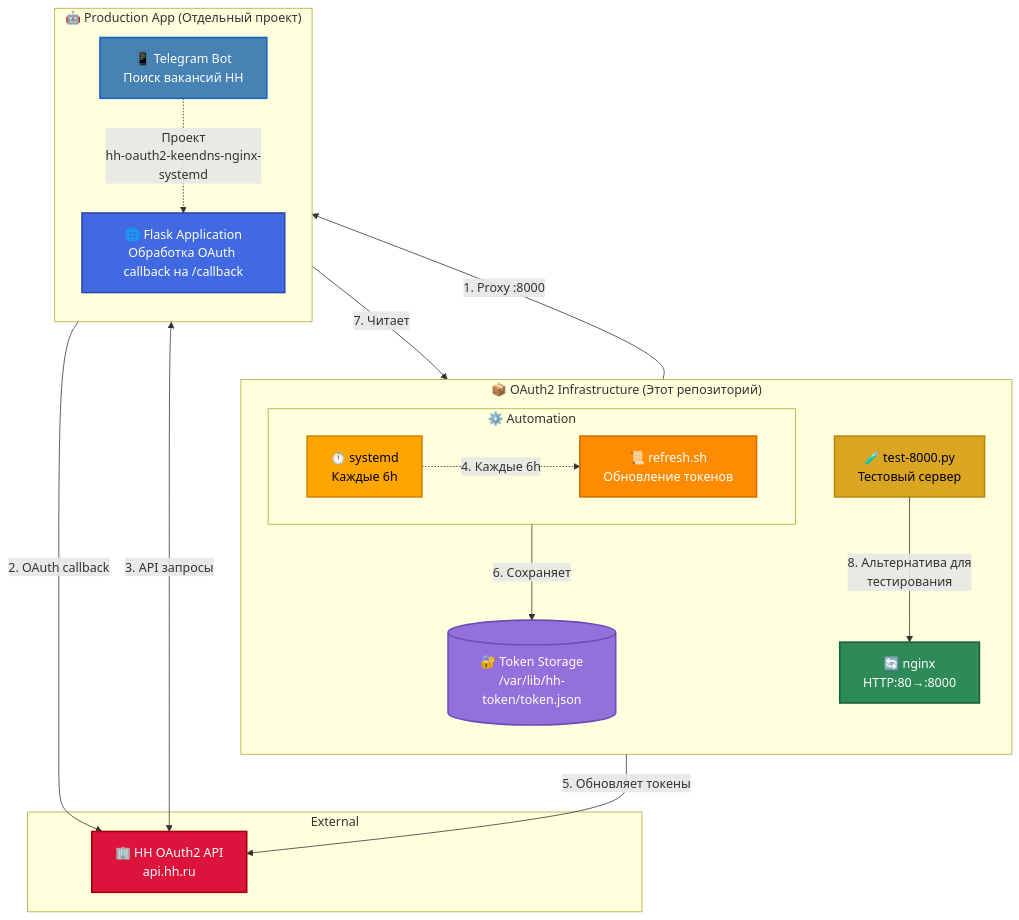
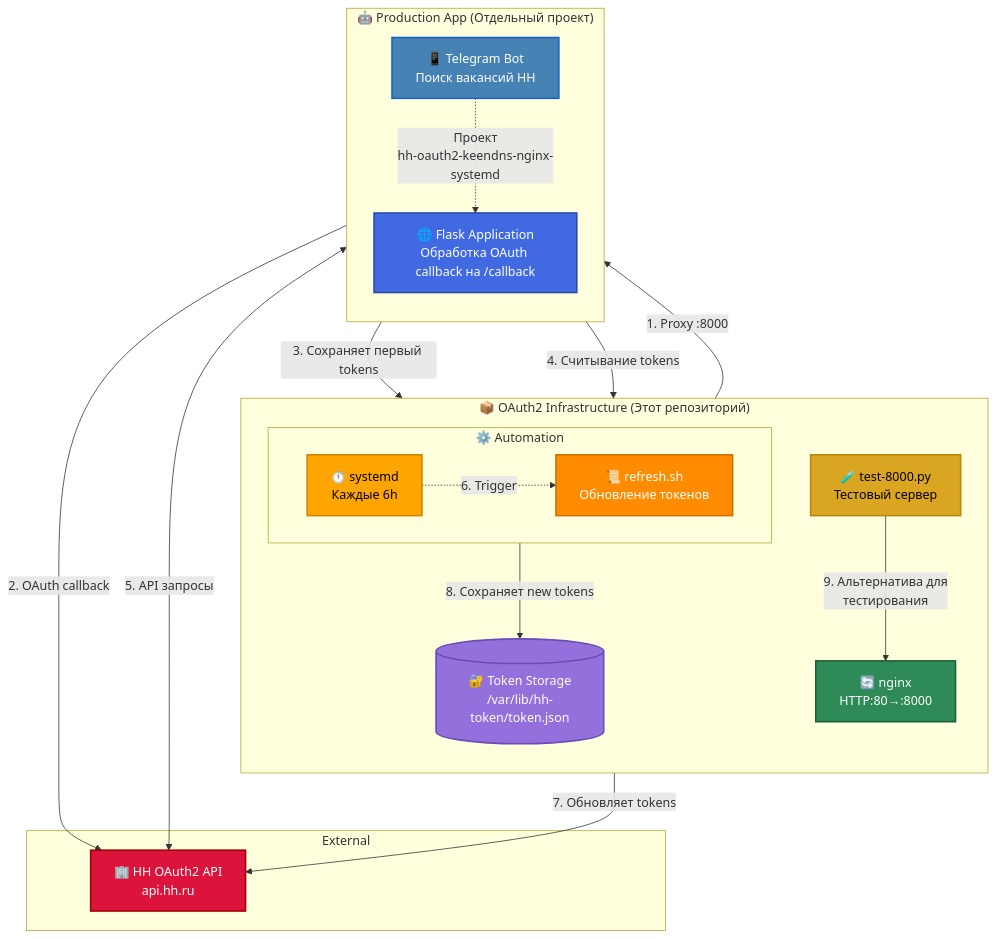
One commit to do6pbln9l/hh-oauth2-keendns-nginx-systemd changed the diagram in README.md. Above: the diagram before and after it, drawn with Mermaid.

````diff
--- a/README.md
+++ b/README.md
@@ -32,58 +32,60 @@
 ```mermaid
 flowchart TB
     
     subgraph infra["📦 OAuth2 Infrastructure (Этот репозиторий)"]
         direction TB
         Nginx[🔄 nginx<br/>HTTP:80→:8000]
         
         subgraph automation["⚙️ Automation"]
             direction LR
             Timer[⏱️ systemd<br/>Каждые 6h]
             Script[📜 refresh.sh<br/>Обновление токенов]
         end
         
         TestServer[🧪 test-8000.py<br/>Тестовый сервер]
         TokenStore[(🔐 Token Storage<br/>/var/lib/hh-token/token.json)]
     end
     
     subgraph prod["🤖 Production App (Отдельный проект)"]
         direction TB
         TelegramBot[📱 Telegram Bot<br/>Поиск вакансий HH]
         FlaskApp[🌐 Flask Application<br/>Обработка OAuth callback на /callback]
         
         TelegramBot -.->|Проект<br/>hh-oauth2-keendns-nginx-systemd| FlaskApp
     end
     
     subgraph external["External"]
         HHAPI[🏢 HH OAuth2 API<br/>api.hh.ru]
     end
     
     %% Connections / Связи между компонентами
 
     %% Main Flow (OAuth) (основной поток):
     Nginx -->|1. Proxy :8000| FlaskApp
     FlaskApp -->|2. OAuth callback| HHAPI
-    TelegramBot <-->|3. API запросы| HHAPI
+    FlaskApp -->|3. Сохраняет первый tokens| TokenStore
+
+    %% Production Flow (работа приложения):
+    FlaskApp -->|4. Считывание tokens| TokenStore
+    TelegramBot <-->|5. API запросы| HHAPI
 
     %% Token Refresh Flow (автоматизация):
-    Timer -.->|4. Каждые 6h| Script
-    Script -->|5. Обновляет токены| HHAPI
-    Script -->|6. Сохраняет| TokenStore
-    FlaskApp -->|7. Читает| TokenStore
-    
+    Timer -.->|6. Trigger| Script
+    Script -->|7. Обновляет tokens| HHAPI
+    Script -->|8. Сохраняет new tokens| TokenStore  
 
     %% Testing (тестирование):
-    TestServer -->|8. Альтернатива для<br/>тестирования| Nginx
+    TestServer -->|9. Альтернатива для<br/>тестирования| Nginx
     
     %% Styling
     style Nginx fill:#2E8B57,color:#FFFFFF,stroke:#1a5f3a,stroke-width:2px
     style Timer fill:#FFA500,color:#000000,stroke:#cc8400,stroke-width:2px
     style Script fill:#FF8C00,color:#FFFFFF,stroke:#cc7000,stroke-width:2px
     style TestServer fill:#DAA520,color:#000000,stroke:#b8860b,stroke-width:2px
     style TokenStore fill:#9370DB,color:#FFFFFF,stroke:#6a4db8,stroke-width:2px
     
     style TelegramBot fill:#4682B4,color:#FFFFFF,stroke:#1565c0,stroke-width:2px
     style FlaskApp fill:#4169E1,color:#FFFFFF,stroke:#2a4ba8,stroke-width:2px
     
     style HHAPI fill:#DC143C,color:#FFFFFF,stroke:#a00000,stroke-width:2px
 ```
````
